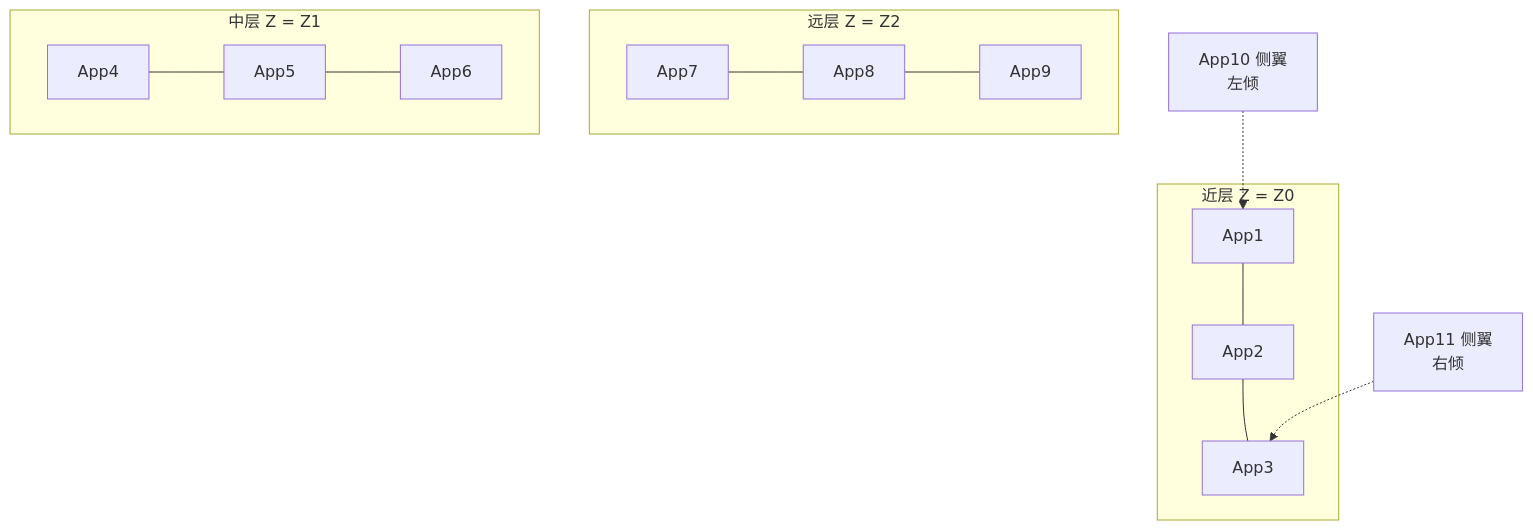
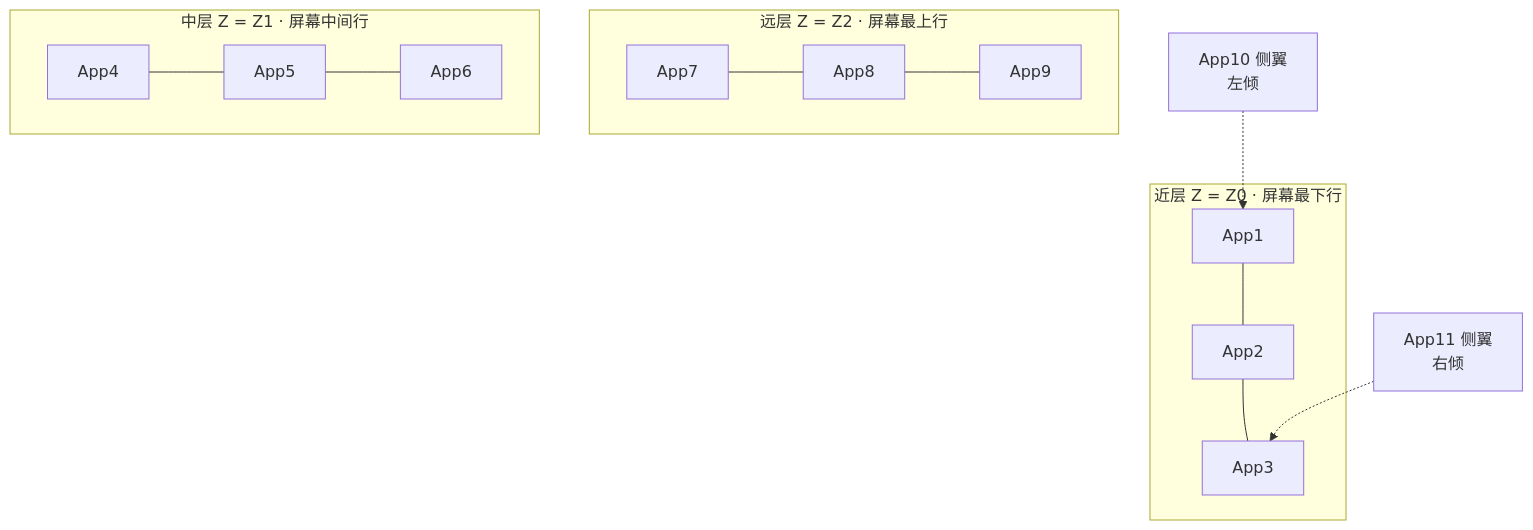
One commit to ganzhong007/lv_port_linux changed the second of 16 diagrams in docs/LVGL_2D3D_BACKEND_PLAN.md. Above: the diagram before and after it, drawn with Mermaid. The commit also changed other lines of this file and 3 other files, not shown here.

````diff
--- a/docs/LVGL_2D3D_BACKEND_PLAN.md
+++ b/docs/LVGL_2D3D_BACKEND_PLAN.md
@@ -132,14 +132,14 @@
 ```mermaid
 flowchart TB
-    subgraph depth_far [远层 Z = Z2]
+    subgraph depth_far [远层 Z = Z2 · 屏幕最上行]
         F1["App7"] --- F2["App8"] --- F3["App9"]
     end
-    subgraph depth_mid [中层 Z = Z1]
+    subgraph depth_mid [中层 Z = Z1 · 屏幕中间行]
         M1["App4"] --- M2["App5"] --- M3["App6"]
     end
-    subgraph depth_near [近层 Z = Z0]
+    subgraph depth_near [近层 Z = Z0 · 屏幕最下行]
         N1["App1"] --- N2["App2"] --- N3["App3"]
     end
     PeekL["App10 侧翼\n左倾"] -.-> N1
     PeekR["App11 侧翼\n右倾"] -.-> N3
 ```
````
